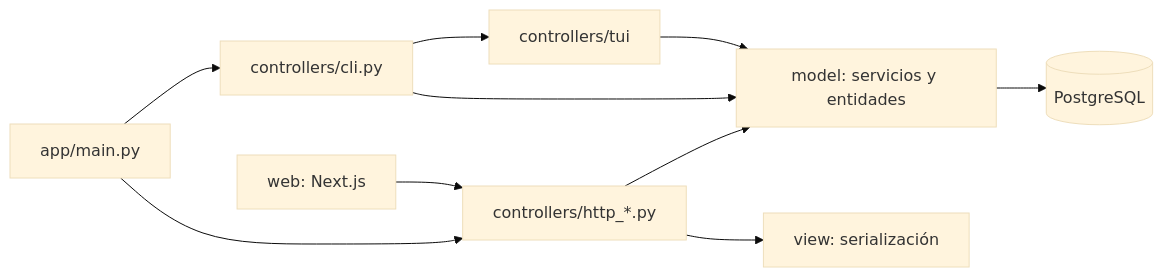
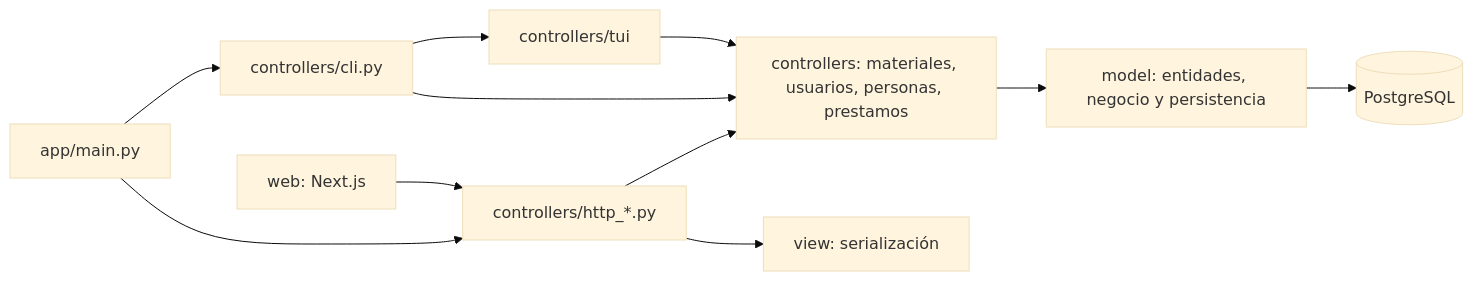
The diagram in docs/ARCHITECTURE.md (Drew1912/biblioteca-mvc-flask-next), drawn with Mermaid (base theme) before and after one commit. The commit also changed other lines of this file and 85 other files, not shown here.

````diff
--- a/docs/ARCHITECTURE.md
+++ b/docs/ARCHITECTURE.md
@@ -7,12 +7,13 @@
 ```mermaid
 flowchart LR
   Main[app/main.py] --> HTTP[controllers/http_*.py]
   Main --> CLI[controllers/cli.py]
   CLI --> TUI[controllers/tui]
-  HTTP --> Model[model: servicios y entidades]
-  CLI --> Model
-  TUI --> Model
+  HTTP --> Gestiones[controllers: materiales, usuarios, personas, prestamos]
+  CLI --> Gestiones
+  TUI --> Gestiones
+  Gestiones --> Model[model: entidades, negocio y persistencia]
   Model --> DB[(PostgreSQL)]
   HTTP --> View[view: serialización]
   Web[web: Next.js] --> HTTP
 ```
````
